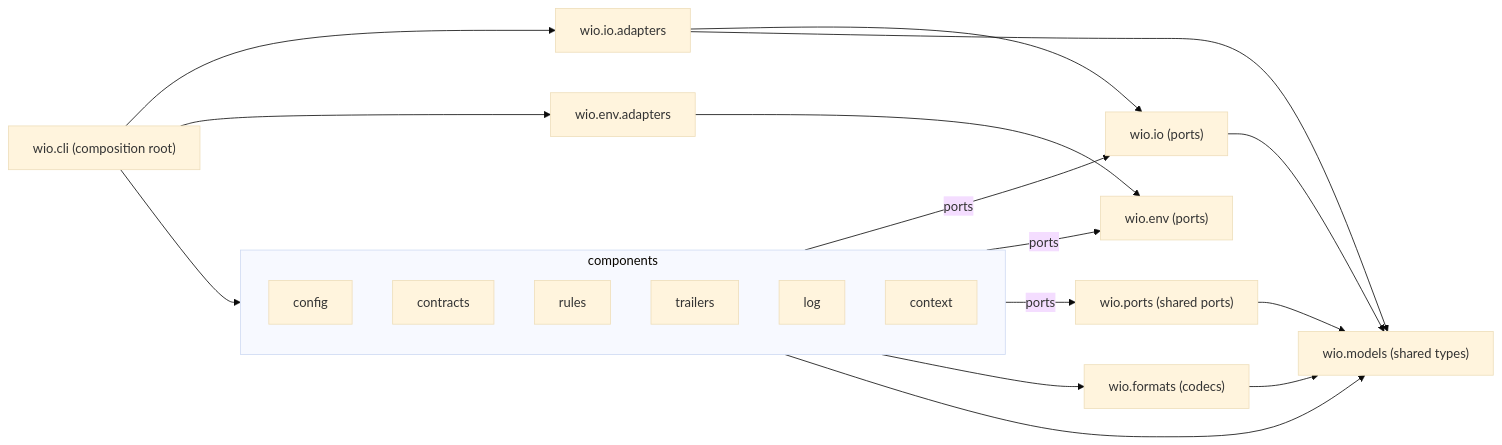
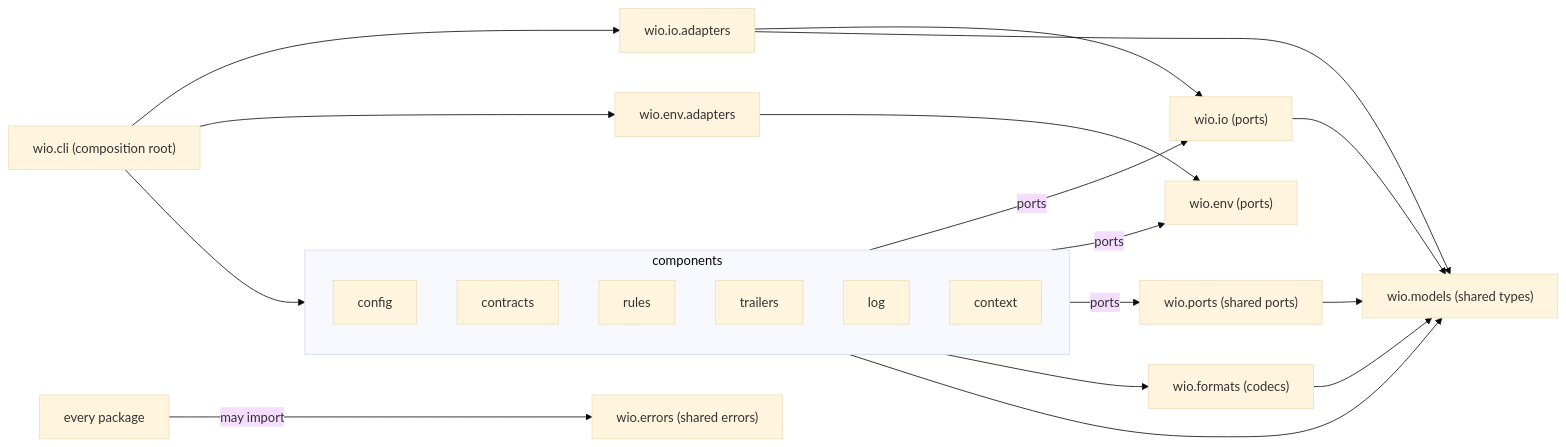
One commit to msitarz/wio changed the diagram in src/wio/README.md. Above: the diagram before and after it, drawn with Mermaid (base theme). The commit also changed other lines of this file and 5 other files, not shown here.

First line of the commit message:
feat: add WioError and ConfigurationError in wio.errors (#67)

````diff
--- a/src/wio/README.md
+++ b/src/wio/README.md
@@ -33,33 +39,36 @@
 ```mermaid
 flowchart LR
     cli["wio.cli (composition root)"]
     subgraph components
         config
         contracts
         rules
         trailers
         log
         context
     end
     ioadapters["wio.io.adapters"]
     io["wio.io (ports)"]
     envadapters["wio.env.adapters"]
     env["wio.env (ports)"]
     sharedports["wio.ports (shared ports)"]
     formats["wio.formats (codecs)"]
     models["wio.models (shared types)"]
+    errors["wio.errors (shared errors)"]
+    every["every package"]
+    every -- "may import" --> errors
     cli --> components
     cli --> ioadapters
     cli --> envadapters
     ioadapters --> io
     ioadapters --> models
     envadapters --> env
     components -- "ports" --> io
     components -- "ports" --> env
     components -- "ports" --> sharedports
     components --> formats
     components --> models
     formats --> models
     io --> models
     sharedports --> models
 ```
````
